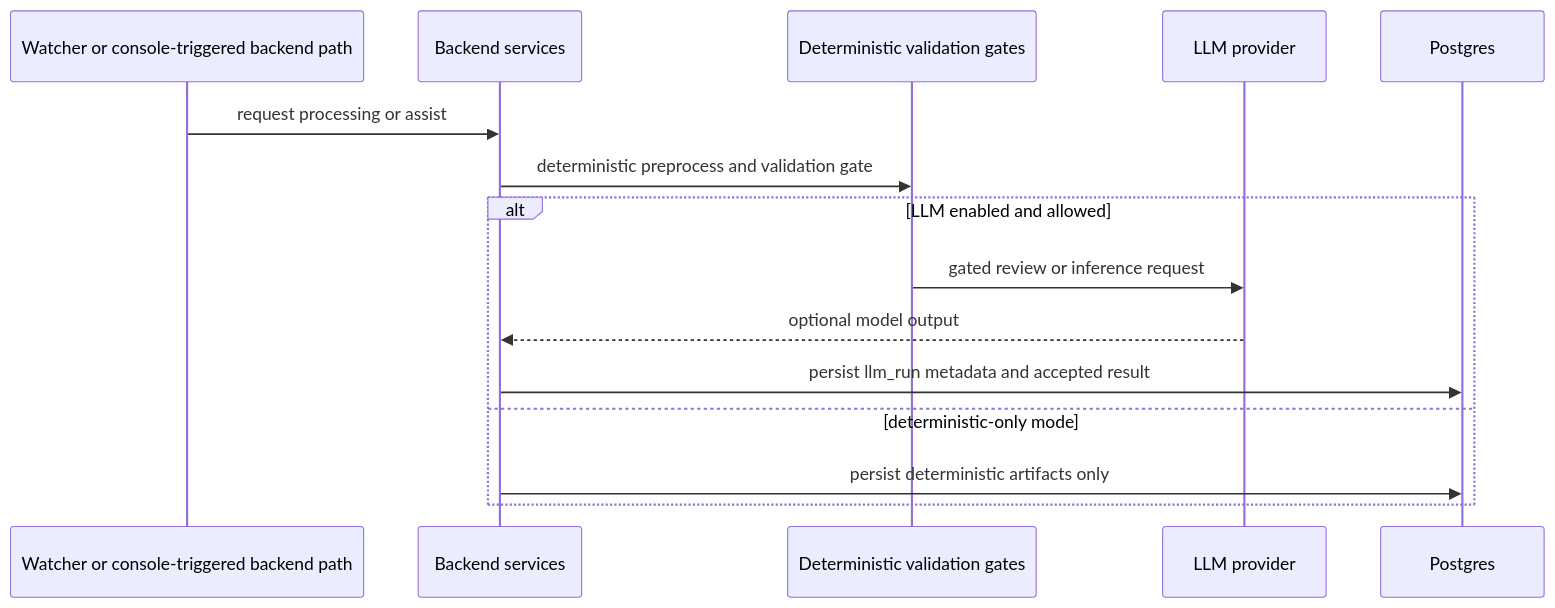
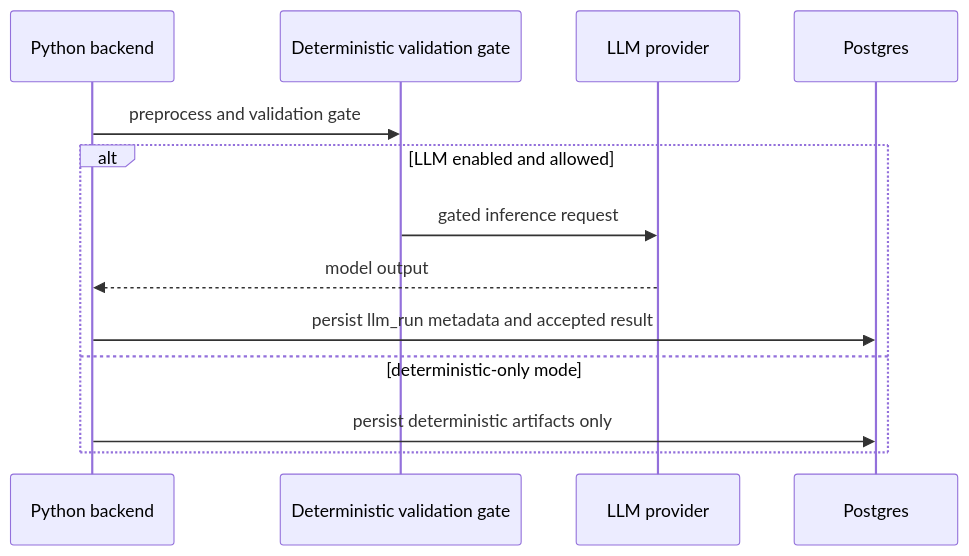
One commit to ngallodev-software/stt-n8n-promptbuilder changed the ninth of 9 diagrams in docs/promptforge-system-architecture.md. Above: the diagram before and after it, drawn with Mermaid. The commit also changed other lines of this file and 27 other files, not shown here.

````diff
--- a/docs/promptforge-system-architecture.md
+++ b/docs/promptforge-system-architecture.md
@@ -371,18 +289,16 @@
 ```mermaid
 sequenceDiagram
-  participant W as Watcher or console-triggered backend path
-  participant S as Backend services
-  participant V as Deterministic validation gates
+  participant S as Python backend
+  participant V as Deterministic validation gate
   participant L as LLM provider
   participant P as Postgres
 
-  W->>S: request processing or assist
-  S->>V: deterministic preprocess and validation gate
+  S->>V: preprocess and validation gate
   alt LLM enabled and allowed
-    V->>L: gated review or inference request
-    L-->>S: optional model output
+    V->>L: gated inference request
+    L-->>S: model output
     S->>P: persist llm_run metadata and accepted result
   else deterministic-only mode
     S->>P: persist deterministic artifacts only
   end
 ```
````
